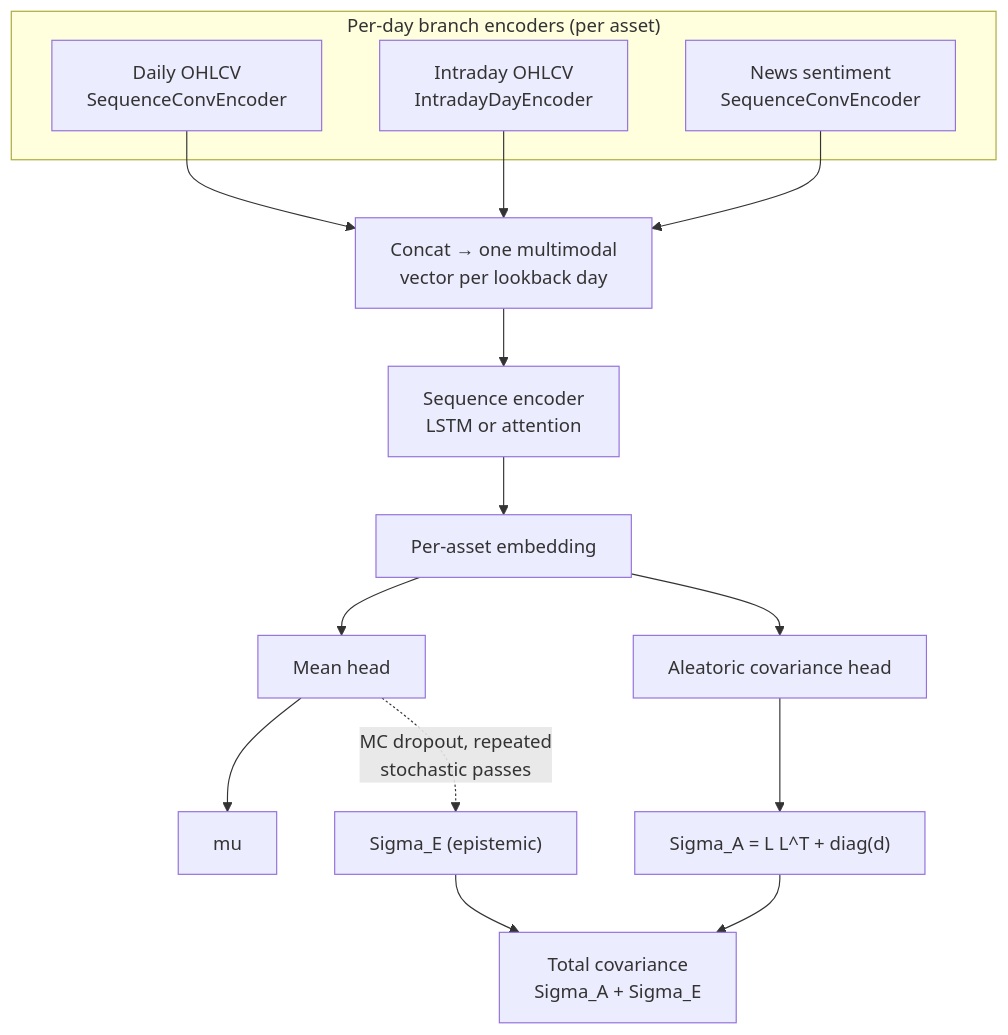
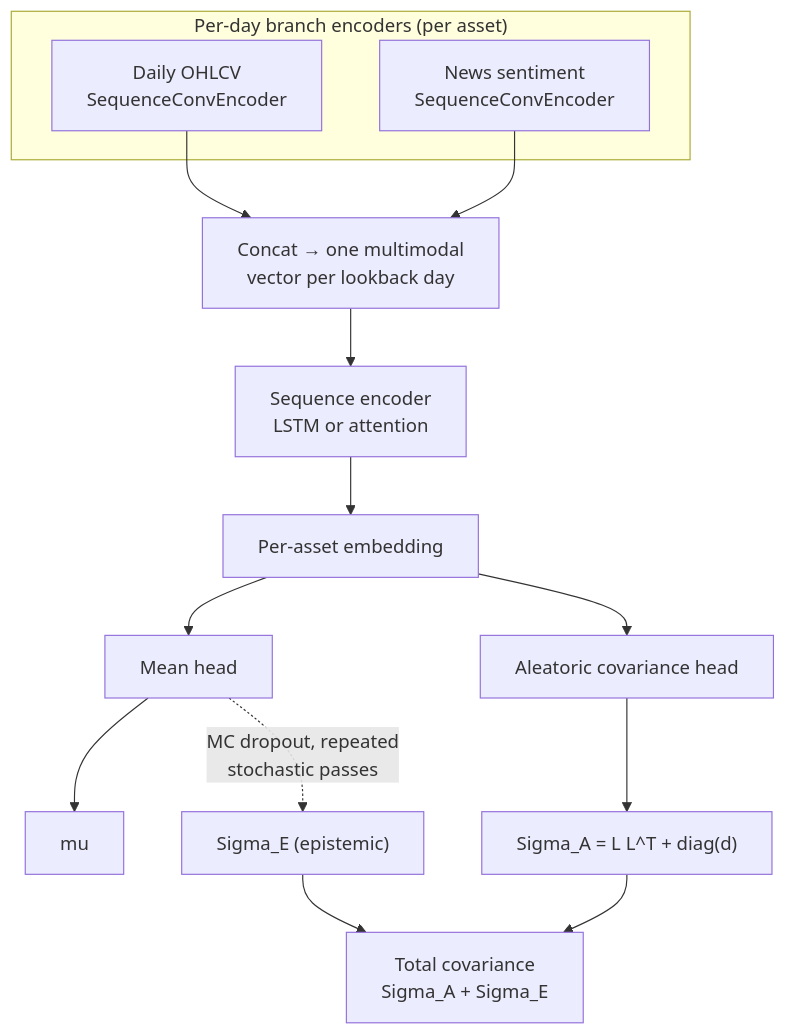
One commit to ArshiAbolghasemi/Tyche changed the diagram in docs/model.md. Above: the diagram before and after it, drawn with Mermaid. The commit also changed other lines of this file and 33 other files, not shown here.

````diff
--- a/docs/model.md
+++ b/docs/model.md
@@ -10,26 +10,24 @@
 ```mermaid
 flowchart TB
     subgraph branches["Per-day branch encoders (per asset)"]
         daily["Daily OHLCV<br/>SequenceConvEncoder"]
-        intraday["Intraday OHLCV<br/>IntradayDayEncoder"]
         news["News sentiment<br/>SequenceConvEncoder"]
     end
 
     daily --> concat["Concat → one multimodal<br/>vector per lookback day"]
-    intraday --> concat
     news --> concat
 
     concat --> seq["Sequence encoder<br/>LSTM or attention"]
     seq --> emb["Per-asset embedding"]
 
     emb --> meanhead["Mean head"]
     emb --> covhead["Aleatoric covariance head"]
 
     meanhead --> mu["mu"]
     covhead --> sigmaA["Sigma_A = L L^T + diag(d)"]
 
     meanhead -. "MC dropout, repeated<br/>stochastic passes" .-> sigmaE["Sigma_E (epistemic)"]
 
     sigmaA --> total["Total covariance<br/>Sigma_A + Sigma_E"]
     sigmaE --> total
 ```
````
